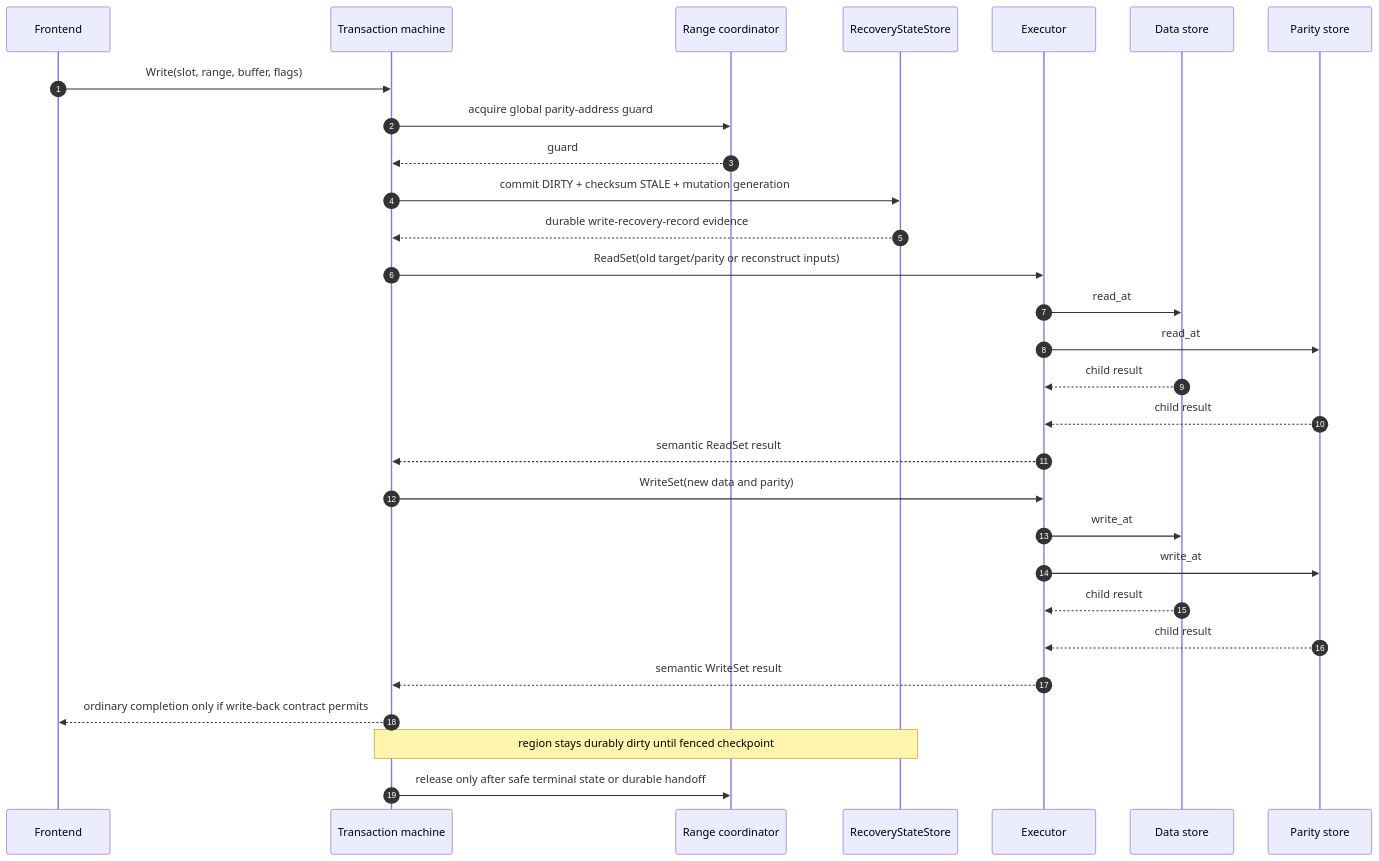
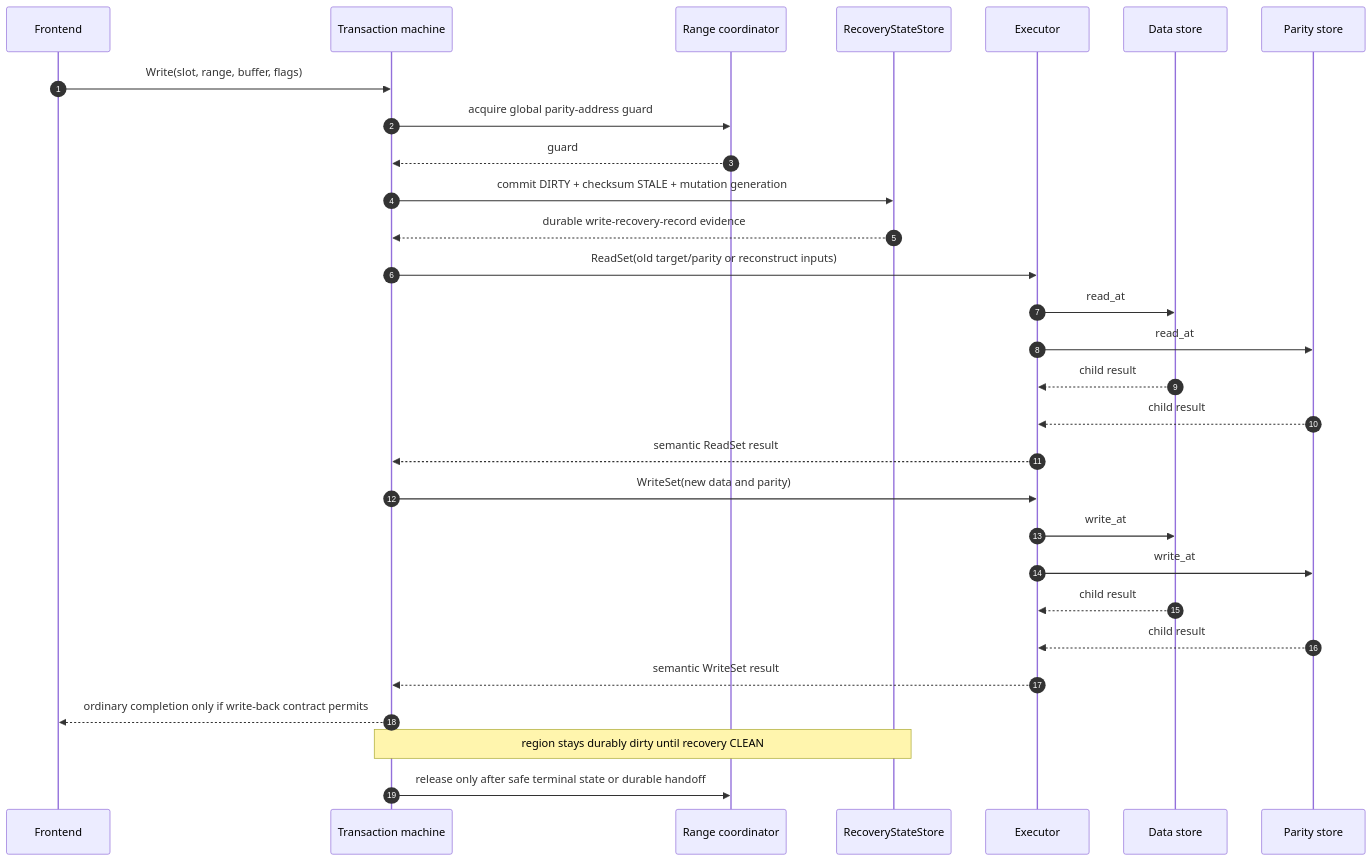
One commit to dvicory/DiskWeave changed the ninth of 23 diagrams in docs/architecture/diskweave-architecture-roadmap-v0.8.md. Above: the diagram before and after it, drawn with Mermaid. The commit also changed other lines of this file and 3 other files, not shown here.

````diff
--- a/docs/architecture/diskweave-architecture-roadmap-v0.8.md
+++ b/docs/architecture/diskweave-architecture-roadmap-v0.8.md
@@ -1503,32 +1503,32 @@
 ```mermaid
 sequenceDiagram
     autonumber
     participant F as Frontend
     participant T as Transaction machine
     participant L as Range coordinator
     participant R as RecoveryStateStore
     participant E as Executor
     participant D as Data store
     participant P as Parity store
 
     F->>T: Write(slot, range, buffer, flags)
     T->>L: acquire global parity-address guard
     L-->>T: guard
     T->>R: commit DIRTY + checksum STALE + mutation generation
     R-->>T: durable write-recovery-record evidence
     T->>E: ReadSet(old target/parity or reconstruct inputs)
     E->>D: read_at
     E->>P: read_at
     D-->>E: child result
     P-->>E: child result
     E-->>T: semantic ReadSet result
     T->>E: WriteSet(new data and parity)
     E->>D: write_at
     E->>P: write_at
     D-->>E: child result
     P-->>E: child result
     E-->>T: semantic WriteSet result
     T-->>F: ordinary completion only if write-back contract permits
-    Note over T,R: region stays durably dirty until fenced checkpoint
+    Note over T,R: region stays durably dirty until recovery CLEAN
     T->>L: release only after safe terminal state or durable handoff
 ```
````
